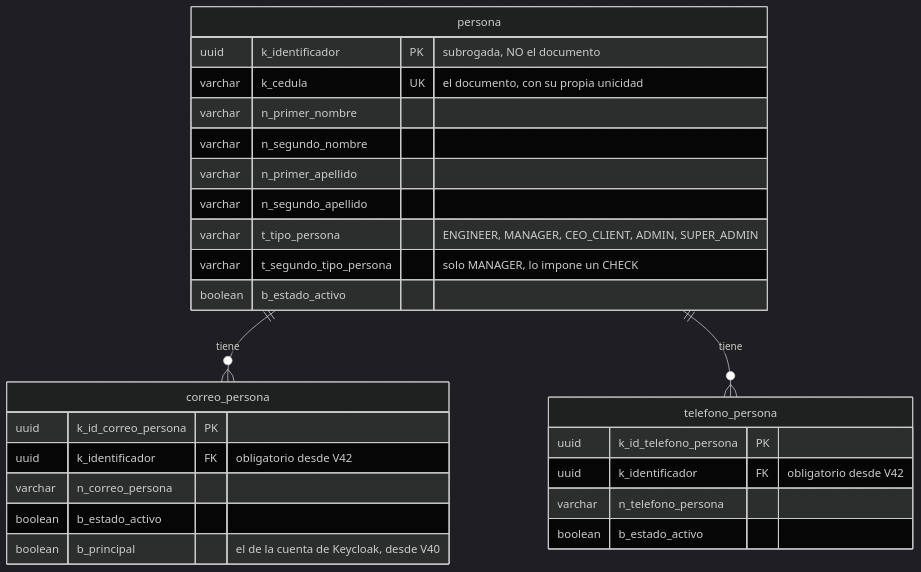
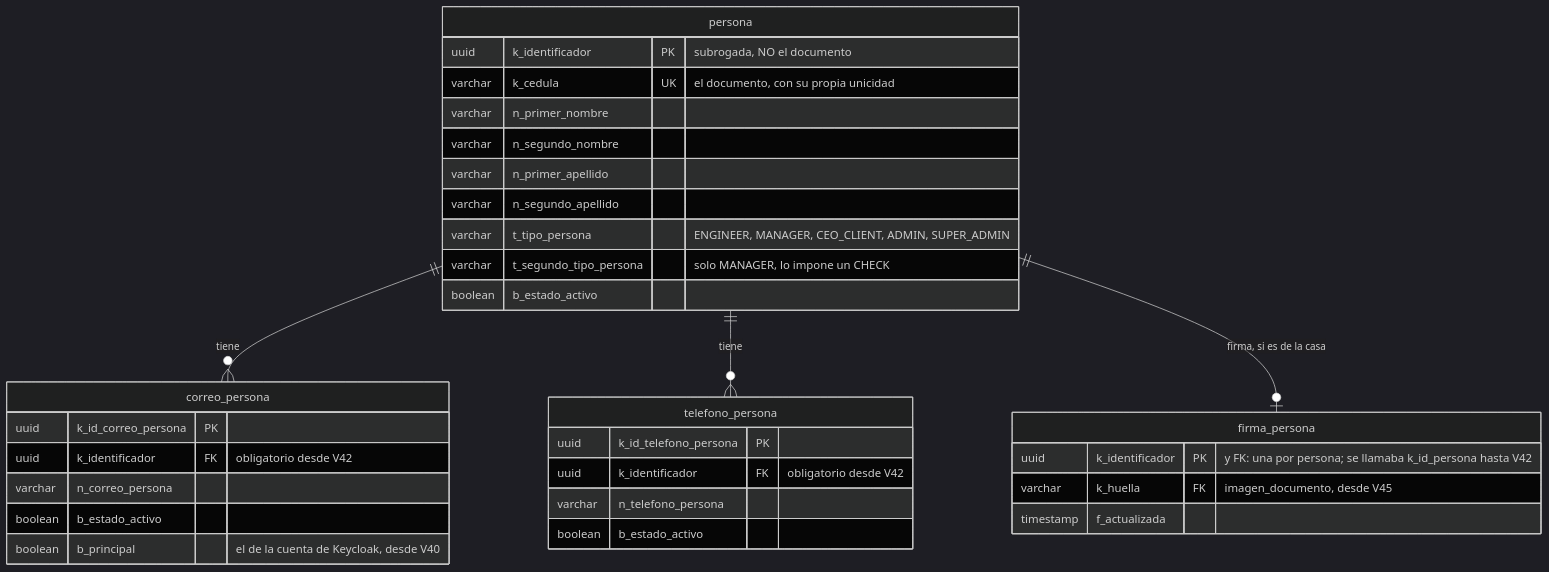
Before and after one commit to SeanBol222/MalphasOs: the fifth of 12 diagrams in SecondBrain/wiki/base-de-datos/esquema-bd-malphasos.md, drawn with Mermaid (dark theme). The commit also changed other lines of this file and 6 other files, not shown here.

First line of the commit message:
docs: V45, and the signature and image tables the schema note never drew

````diff
--- a/SecondBrain/wiki/base-de-datos/esquema-bd-malphasos.md
+++ b/SecondBrain/wiki/base-de-datos/esquema-bd-malphasos.md
@@ -354,29 +381,35 @@
 ```mermaid
 erDiagram
     persona ||--o{ correo_persona : "tiene"
     persona ||--o{ telefono_persona : "tiene"
+    persona ||--o| firma_persona : "firma, si es de la casa"
     persona {
         uuid k_identificador PK "subrogada, NO el documento"
         varchar k_cedula UK "el documento, con su propia unicidad"
         varchar n_primer_nombre
         varchar n_segundo_nombre
         varchar n_primer_apellido
         varchar n_segundo_apellido
         varchar t_tipo_persona "ENGINEER, MANAGER, CEO_CLIENT, ADMIN, SUPER_ADMIN"
         varchar t_segundo_tipo_persona "solo MANAGER, lo impone un CHECK"
         boolean b_estado_activo
     }
     correo_persona {
         uuid k_id_correo_persona PK
         uuid k_identificador FK "obligatorio desde V42"
         varchar n_correo_persona
         boolean b_estado_activo
         boolean b_principal "el de la cuenta de Keycloak, desde V40"
     }
     telefono_persona {
         uuid k_id_telefono_persona PK
         uuid k_identificador FK "obligatorio desde V42"
         varchar n_telefono_persona
         boolean b_estado_activo
     }
+    firma_persona {
+        uuid k_identificador PK "y FK: una por persona; se llamaba k_id_persona hasta V42"
+        varchar k_huella FK "imagen_documento, desde V45"
+        timestamp f_actualizada
+    }
 ```
````
